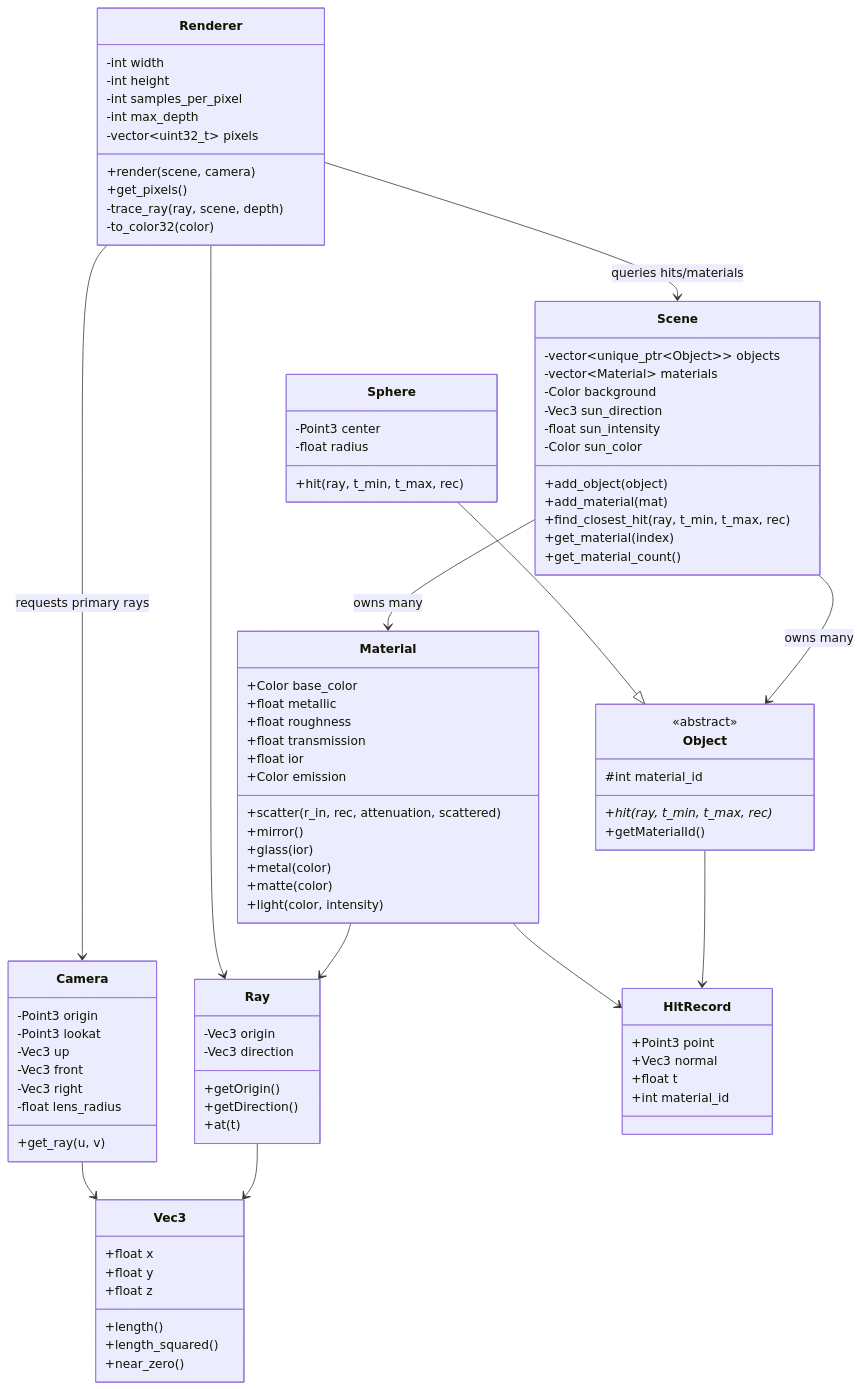
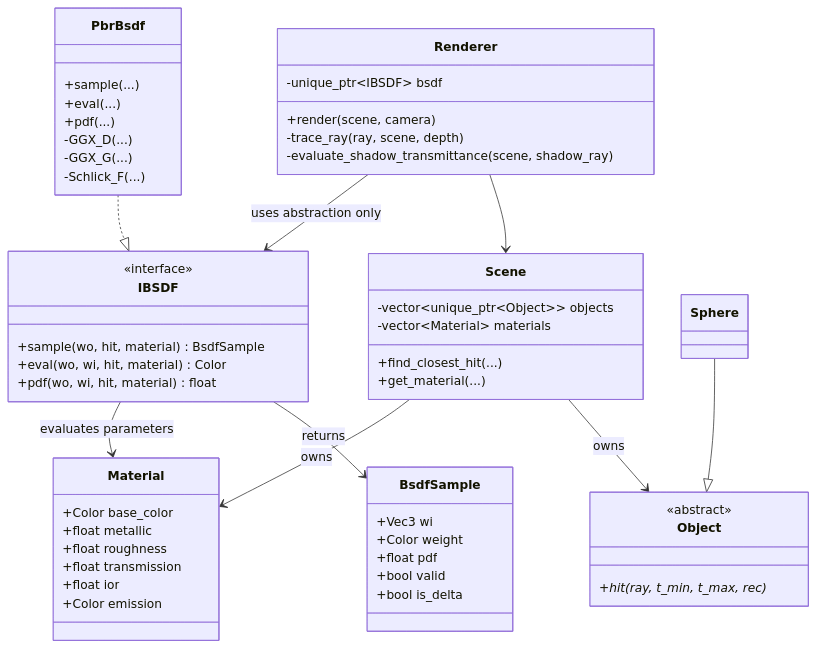
Before and after one commit to koretty/RayTracingEngine: the diagram in docs/class_diagram.md, drawn with Mermaid. The commit also changed other lines of this file and 12 other files, not shown here.

````diff
--- a/docs/class_diagram.md
+++ b/docs/class_diagram.md
@@ -5,52 +3,5 @@
 ```mermaid
 classDiagram
-    class Vec3 {
-        +float x
-        +float y
-        +float z
-        +length()
-        +length_squared()
-        +near_zero()
-    }
-
-    class Ray {
-        -Vec3 origin
-        -Vec3 direction
-        +getOrigin()
-        +getDirection()
-        +at(t)
-    }
-
-    class Camera {
-        -Point3 origin
-        -Point3 lookat
-        -Vec3 up
-        -Vec3 front
-        -Vec3 right
-        -float lens_radius
-        +get_ray(u, v)
-    }
-
-    class HitRecord {
-        +Point3 point
-        +Vec3 normal
-        +float t
-        +int material_id
-    }
-
-    class Object {
-        <<abstract>>
-        #int material_id
-        +hit(ray, t_min, t_max, rec)*
-        +getMaterialId()
-    }
-
-    class Sphere {
-        -Point3 center
-        -float radius
-        +hit(ray, t_min, t_max, rec)
-    }
-
     class Material {
         +Color base_color
         +float metallic
@@ -58,49 +9,59 @@
         +float transmission
         +float ior
         +Color emission
-        +scatter(r_in, rec, attenuation, scattered)
-        +mirror()
-        +glass(ior)
-        +metal(color)
-        +matte(color)
-        +light(color, intensity)
+    }
+
+    class BsdfSample {
+        +Vec3 wi
+        +Color weight
+        +float pdf
+        +bool valid
+        +bool is_delta
+    }
+
+    class IBSDF {
+        <<interface>>
+        +sample(wo, hit, material) BsdfSample
+        +eval(wo, wi, hit, material) Color
+        +pdf(wo, wi, hit, material) float
+    }
+
+    class PbrBsdf {
+        +sample(...)
+        +eval(...)
+        +pdf(...)
+        -GGX_D(...)
+        -GGX_G(...)
+        -Schlick_F(...)
+    }
+
+    class Renderer {
+        -unique_ptr~IBSDF~ bsdf
+        +render(scene, camera)
+        -trace_ray(ray, scene, depth)
+        -evaluate_shadow_transmittance(scene, shadow_ray)
     }
 
     class Scene {
         -vector~unique_ptr~Object~~ objects
         -vector~Material~ materials
-        -Color background
-        -Vec3 sun_direction
-        -float sun_intensity
-        -Color sun_color
-        +add_object(object)
-        +add_material(mat)
-        +find_closest_hit(ray, t_min, t_max, rec)
-        +get_material(index)
-        +get_material_count()
+        +find_closest_hit(...)
+        +get_material(...)
     }
 
-    class Renderer {
-        -int width
-        -int height
-        -int samples_per_pixel
-        -int max_depth
-        -vector~uint32_t~ pixels
-        +render(scene, camera)
-        +get_pixels()
-        -trace_ray(ray, scene, depth)
-        -to_color32(color)
+    class Object {
+        <<abstract>>
+        +hit(ray, t_min, t_max, rec)*
     }
 
+    class Sphere
+
+    PbrBsdf ..|> IBSDF
+    Renderer --> IBSDF : uses abstraction only
+    Renderer --> Scene
+    Scene --> Material : owns
+    Scene --> Object : owns
     Sphere --|> Object
-    Scene --> Object : owns many
-    Scene --> Material : owns many
-    Renderer --> Scene : queries hits/materials
-    Renderer --> Camera : requests primary rays
-    Renderer --> Ray
-    Material --> HitRecord
-    Material --> Ray
-    Object --> HitRecord
-    Camera --> Vec3
-    Ray --> Vec3
+    IBSDF --> Material : evaluates parameters
+    IBSDF --> BsdfSample : returns
 ```
````
